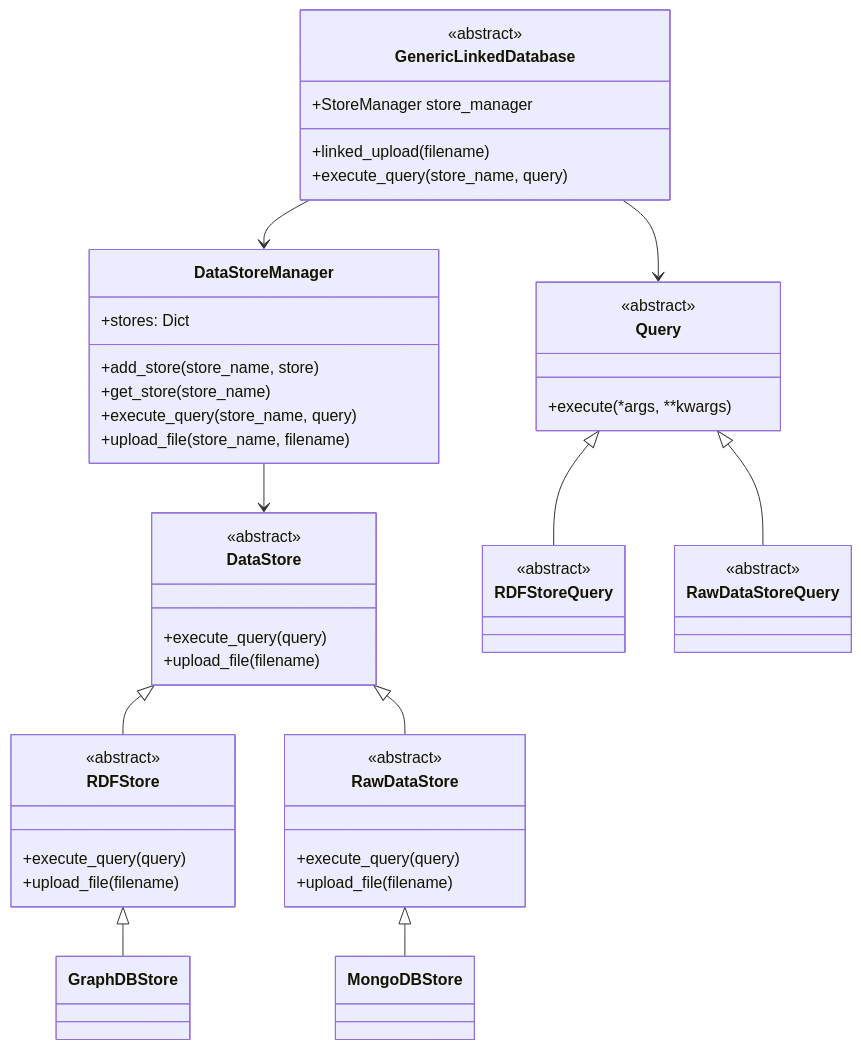
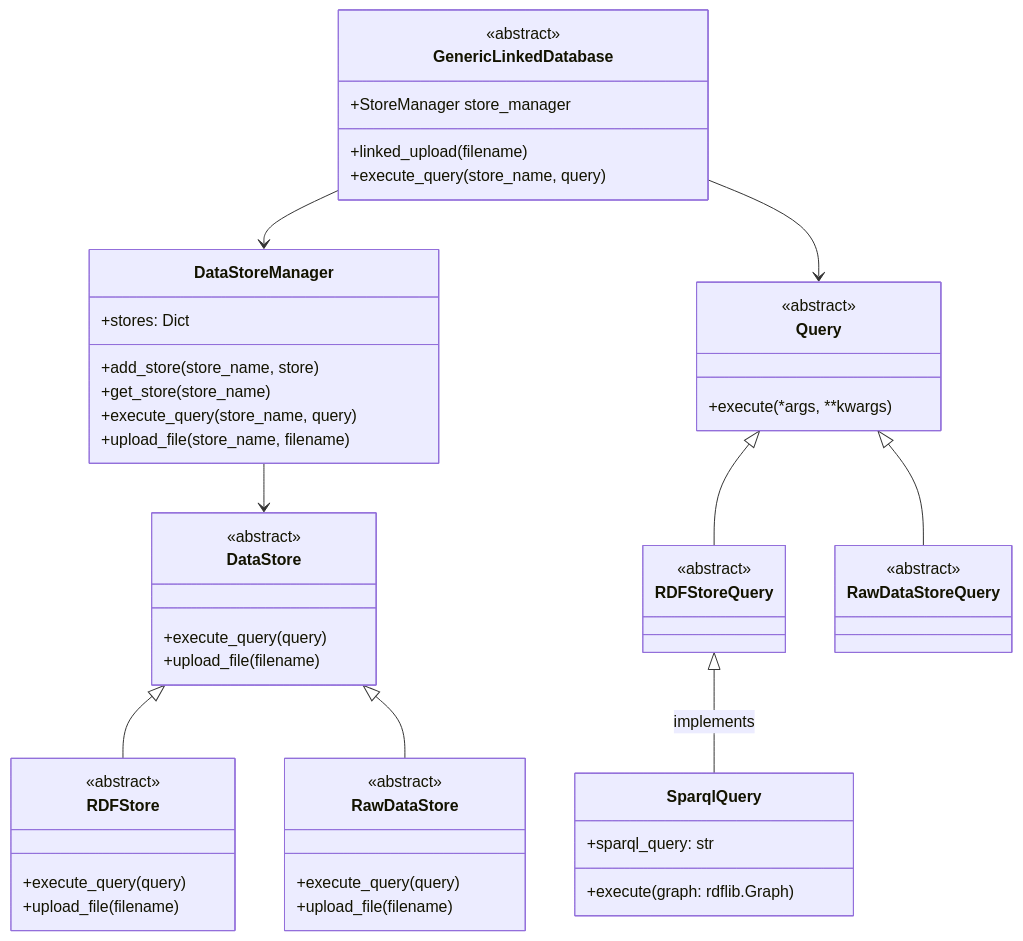
Before and after one commit to matthiasprobst/generic-linked-database: the diagram in README.md, drawn with Mermaid. The commit also changed 3 other files, not shown here.

````diff
--- a/README.md
+++ b/README.md
@@ -34,59 +34,63 @@
 ```mermaid
 classDiagram
     class GenericLinkedDatabase {
         <<abstract>>
         +StoreManager store_manager
         +linked_upload(filename)
         +execute_query(store_name, query)
     }
 
     class DataStoreManager {
         +stores: Dict
         +add_store(store_name, store)
         +get_store(store_name)
         +execute_query(store_name, query)
         +upload_file(store_name, filename)
     }
 
     class DataStore {
         <<abstract>>
         +execute_query(query)
         +upload_file(filename)
     }
 
     class RDFStore {
         <<abstract>>
         +execute_query(query)
         +upload_file(filename)
     }
 
     class RawDataStore {
         <<abstract>>
         +execute_query(query)
         +upload_file(filename)
     }
 
     class Query {
         <<abstract>>
         +execute(*args, **kwargs)
     }
 
     class RDFStoreQuery {
         <<abstract>>
     }
 
     class RawDataStoreQuery {
         <<abstract>>
     }
+    
+    class SparqlQuery {
+        +sparql_query: str
+        +execute(graph: rdflib.Graph)
+    }
 
     %% Relationships
     GenericLinkedDatabase --> DataStoreManager
     GenericLinkedDatabase --> Query
     DataStoreManager --> DataStore
     DataStore <|-- RDFStore
     DataStore <|-- RawDataStore
-    RDFStore <|-- GraphDBStore
-    RawDataStore <|-- MongoDBStore
     Query <|-- RDFStoreQuery
     Query <|-- RawDataStoreQuery
+    RDFStoreQuery <|-- SparqlQuery : implements
 ```
````
